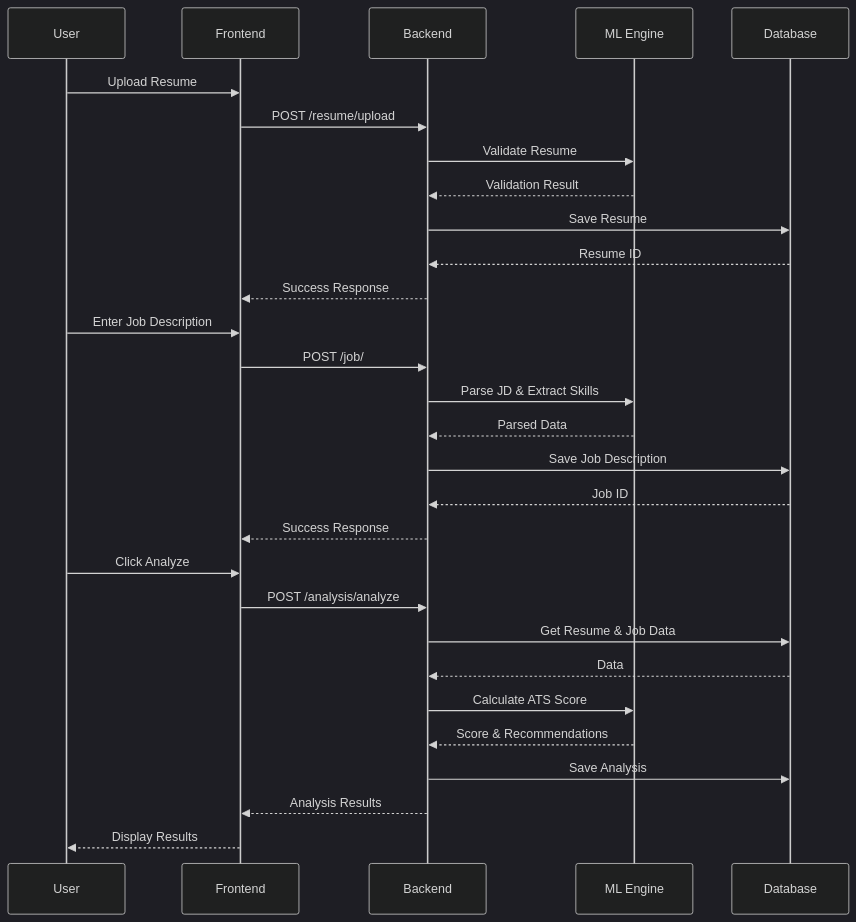
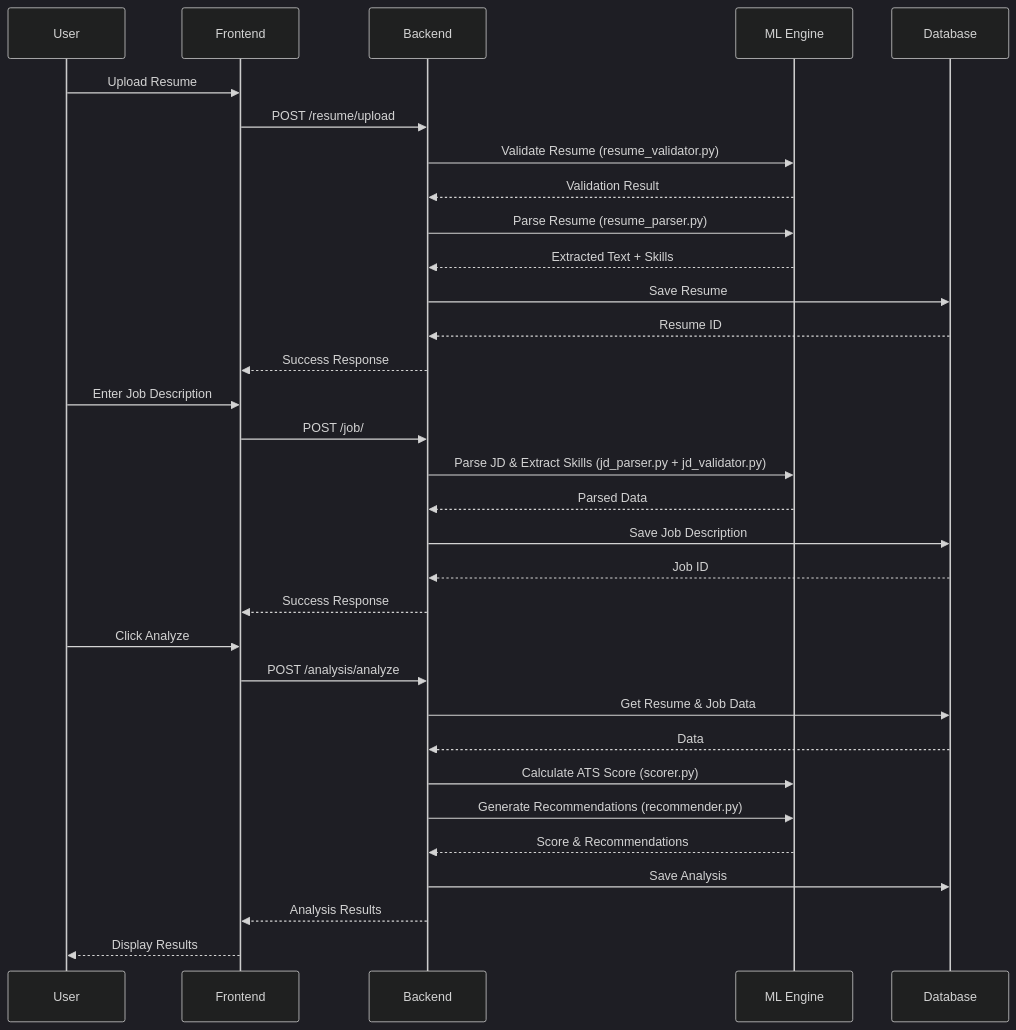
The second of 2 diagrams in Docs/ARCHITECTURE.md (LAIBAASIM555/AI-powered-Resume-Optimization-and-Job-Description-Alignment-SaaS-Application), drawn with Mermaid (dark theme) before and after one commit. The commit also changed other lines of this file and 6 other files, not shown here.

````diff
--- a/Docs/ARCHITECTURE.md
+++ b/Docs/ARCHITECTURE.md
@@ -36,34 +39,37 @@
 ```mermaid
 sequenceDiagram
     participant U as User
     participant F as Frontend
     participant B as Backend
     participant ML as ML Engine
     participant DB as Database
 
     U->>F: Upload Resume
     F->>B: POST /resume/upload
-    B->>ML: Validate Resume
+    B->>ML: Validate Resume (resume_validator.py)
     ML-->>B: Validation Result
+    B->>ML: Parse Resume (resume_parser.py)
+    ML-->>B: Extracted Text + Skills
     B->>DB: Save Resume
     DB-->>B: Resume ID
     B-->>F: Success Response
-    
+
     U->>F: Enter Job Description
     F->>B: POST /job/
-    B->>ML: Parse JD & Extract Skills
+    B->>ML: Parse JD & Extract Skills (jd_parser.py + jd_validator.py)
     ML-->>B: Parsed Data
     B->>DB: Save Job Description
     DB-->>B: Job ID
     B-->>F: Success Response
-    
+
     U->>F: Click Analyze
     F->>B: POST /analysis/analyze
     B->>DB: Get Resume & Job Data
     DB-->>B: Data
-    B->>ML: Calculate ATS Score
+    B->>ML: Calculate ATS Score (scorer.py)
+    B->>ML: Generate Recommendations (recommender.py)
     ML-->>B: Score & Recommendations
     B->>DB: Save Analysis
     B-->>F: Analysis Results
     F-->>U: Display Results
 ```
````
